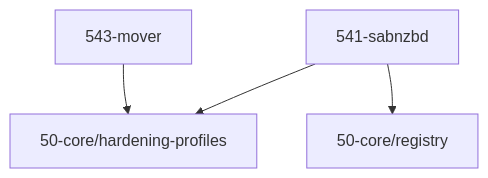
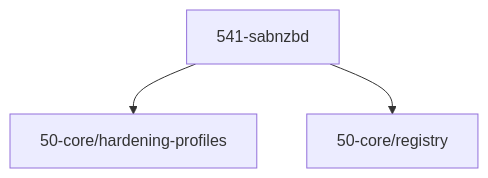
Before and after one commit to grapefruit89/mediNix-core: the diagram in 54-processing/README.md, drawn with Mermaid. The commit also changed other lines of this file and 20 other files, not shown here.

````diff
--- a/54-processing/README.md
+++ b/54-processing/README.md
@@ -41,6 +42,5 @@
 ```mermaid
 graph TD
   541_sabnzbd["541-sabnzbd"] --> hardening_profiles["50-core/hardening-profiles"]
   541_sabnzbd["541-sabnzbd"] --> registry["50-core/registry"]
-  543_mover["543-mover"] --> hardening_profiles["50-core/hardening-profiles"]
 ```
````
